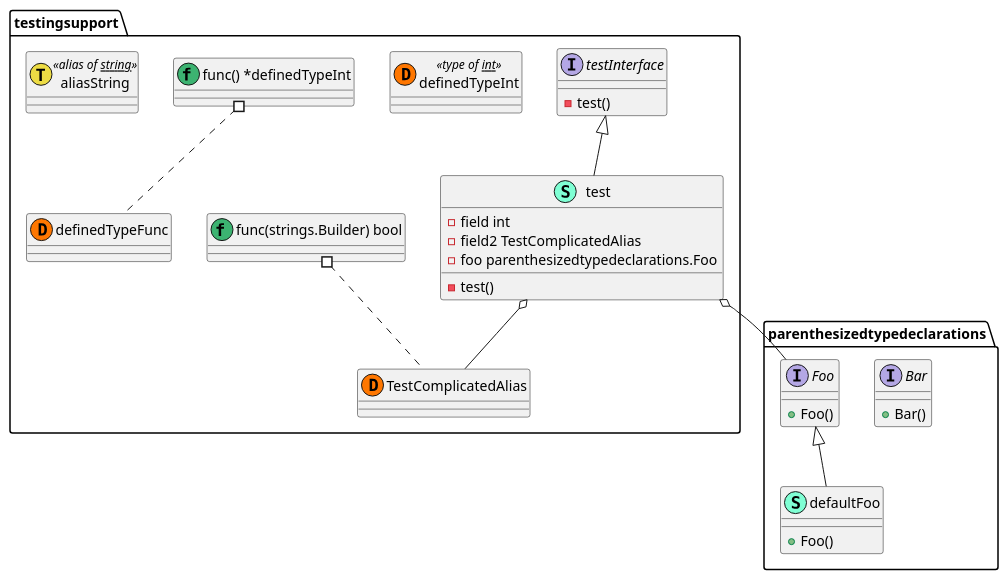
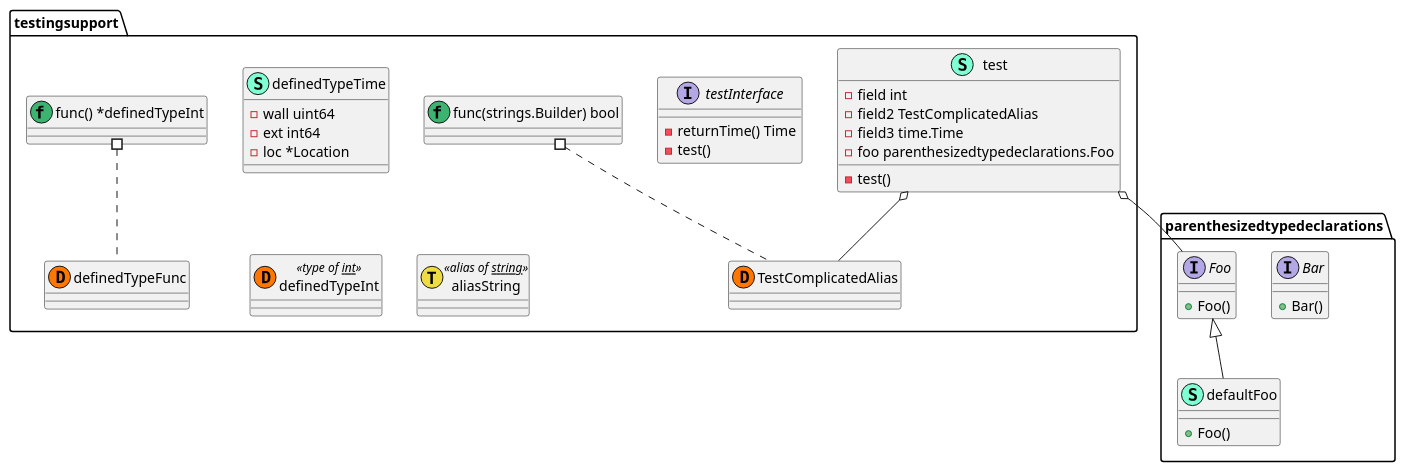
One commit to keisuke-m123/godiagramgen changed the diagram in testingsupport/testingsupport-parenthesizedtypedeclarations.puml. Above: the diagram before and after it, drawn with PlantUML. The commit also changed 8 other files, not shown here.

```diff
--- a/testingsupport/testingsupport-parenthesizedtypedeclarations.puml
+++ b/testingsupport/testingsupport-parenthesizedtypedeclarations.puml
@@ -1,48 +1,54 @@
 @startuml
 namespace parenthesizedtypedeclarations {
     class "defaultFoo"  << (S,  7fffd4ff)  >> {
         + Foo() 
     }
     interface Bar {
         + Bar() 
     }
     interface Foo {
         + Foo() 
     }
 }
 "parenthesizedtypedeclarations.Foo" <|-- "parenthesizedtypedeclarations.defaultFoo"
 namespace testingsupport {
+    class "definedTypeTime"  << (S,  7fffd4ff)  >> {
+        - wall uint64
+        - ext int64
+        - loc *Location
+    }
     class "test"  << (S,  7fffd4ff)  >> {
         - field int
         - field2 TestComplicatedAlias
+        - field3 time.Time
         - foo parenthesizedtypedeclarations.Foo
         - test() 
     }
     interface testInterface {
+        - returnTime() Time
         - test() 
     }
     class "TestComplicatedAlias"  << (D,  ff7700ff)  >> {
     }
     class "definedTypeFunc"  << (D,  ff7700ff)  >> {
     }
     class "definedTypeInt"  << (D,  ff7700ff) type of __int__ >> {
     }
 }
-"testingsupport.testInterface" <|-- "testingsupport.test"
 "testingsupport.test" o-- "parenthesizedtypedeclarations.Foo"
 "testingsupport.test" o-- "testingsupport.TestComplicatedAlias"
 namespace testingsupport {
     class "func(strings.Builder) bool" as funcstringsBuilderbool << (f,  3cb371ff)  >> {
     }
 }
 "testingsupport.funcstringsBuilderbool" #.. "testingsupport.TestComplicatedAlias"
 namespace testingsupport {
     class "func() *definedTypeInt" as func*definedTypeInt << (f,  3cb371ff)  >> {
     }
 }
 "testingsupport.func*definedTypeInt" #.. "testingsupport.definedTypeFunc"
 namespace testingsupport {
     class "aliasString"  << (T,  eddc44ff) alias of __string__ >> {
     }
 }
 @enduml
```
